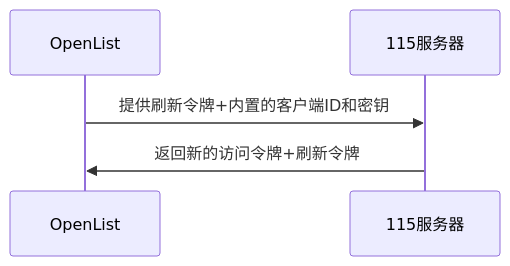
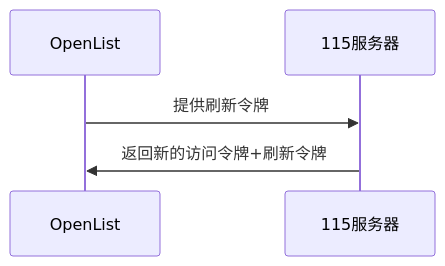
One commit to xrgzs/OpenList-Docs changed the second of 4 diagrams in pages/guide/drivers/115_open.md. Above: the diagram before and after it, drawn with Mermaid. The commit also changed other lines of this file and 4 other files, not shown here.

````diff
--- a/pages/guide/drivers/115_open.md
+++ b/pages/guide/drivers/115_open.md
@@ -309,7 +269,7 @@
 ```mermaid
 sequenceDiagram
   participant  OpenList
   participant  115服务器
-  OpenList->>115服务器: 提供刷新令牌+内置的客户端ID和密钥
+  OpenList->>115服务器: 提供刷新令牌
   115服务器->>OpenList: 返回新的访问令牌+刷新令牌
 ```
````
